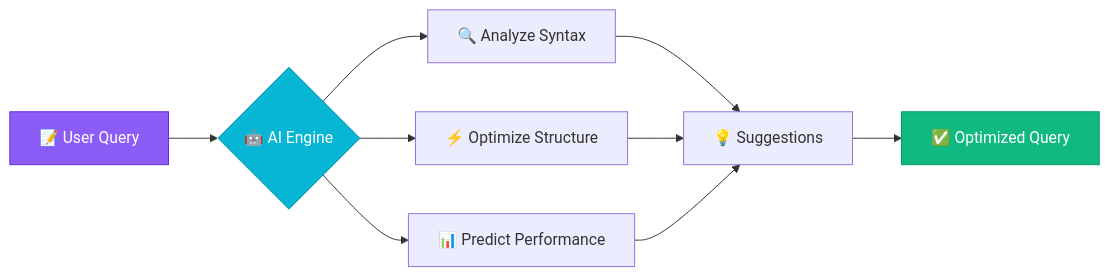
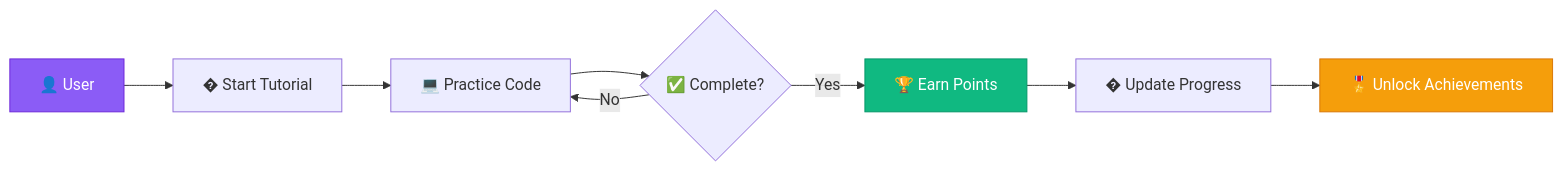
Before and after one commit to Anish-2005/Database-Management-System: the first of 8 diagrams in README.md, drawn with Mermaid. The commit also changed other lines of this file, not shown here.

````diff
--- a/README.md
+++ b/README.md
@@ -190,15 +236,14 @@
 ```mermaid
 flowchart LR
-    A[📝 User Query] --> B{🤖 AI Engine}
-    B --> C[🔍 Analyze Syntax]
-    B --> D[⚡ Optimize Structure]
-    B --> E[📊 Predict Performance]
-    C --> F[💡 Suggestions]
-    D --> F
-    E --> F
-    F --> G[✅ Optimized Query]
+    A[👤 User] --> B[� Start Tutorial]
+    B --> C[💻 Practice Code]
+    C --> D{✅ Complete?}
+    D -->|Yes| E[🏆 Earn Points]
+    D -->|No| C
+    E --> F[� Update Progress]
+    F --> G[🎖️ Unlock Achievements]
     
     style A fill:#8b5cf6,stroke:#6d28d9,color:#fff
-    style B fill:#06b6d4,stroke:#0891b2,color:#fff
-    style G fill:#10b981,stroke:#059669,color:#fff
+    style E fill:#10b981,stroke:#059669,color:#fff
+    style G fill:#f59e0b,stroke:#d97706,color:#fff
 ```
````
